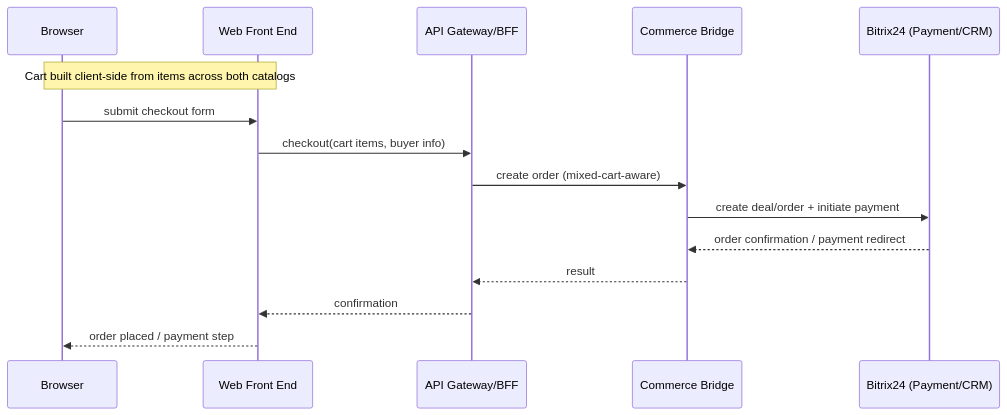
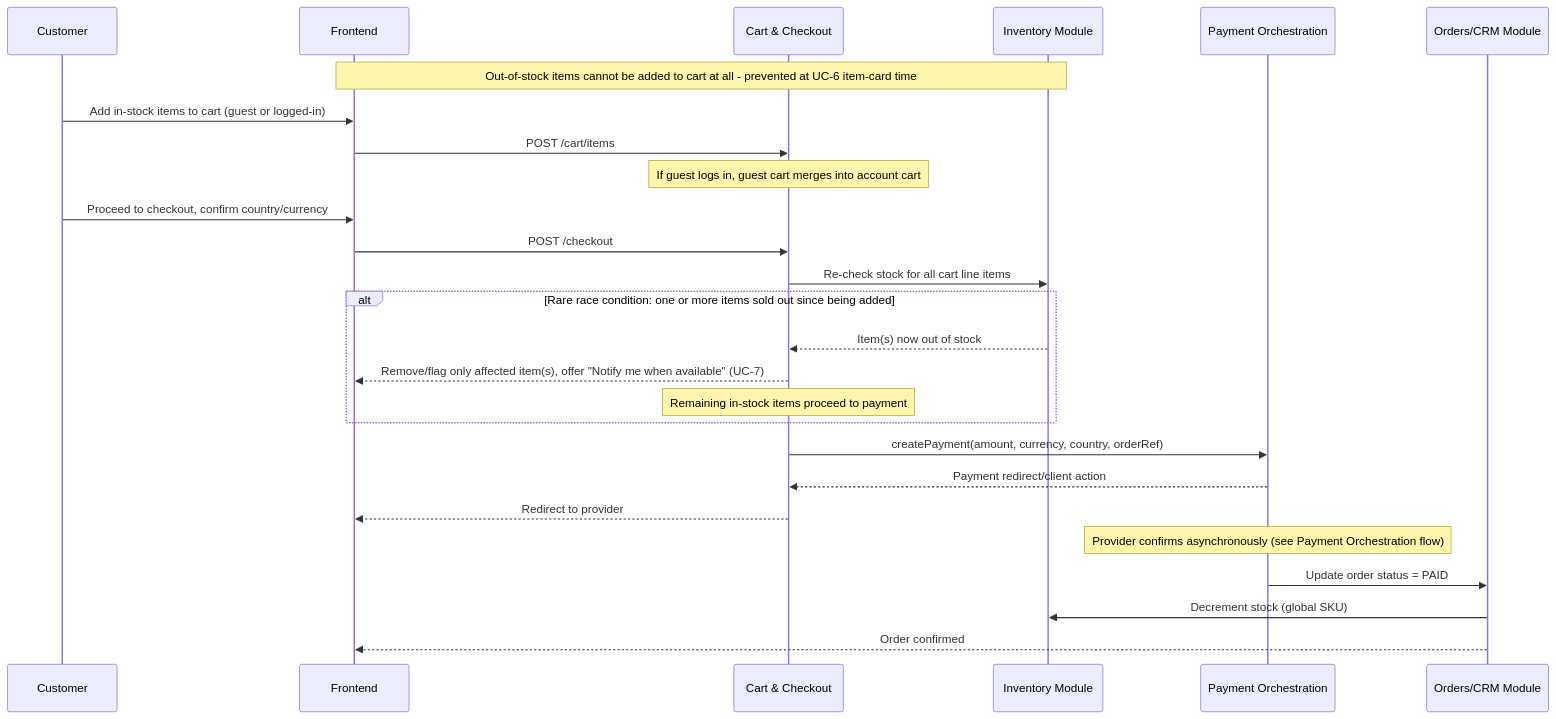
One commit to DzmitryKamashkaInt/business_analysys_pipeline changed the fifth of 11 diagrams in projects/rumica-starter/ready_for_dev_docs/architecture-specification.md. Above: the diagram before and after it, drawn with Mermaid. The commit also changed other lines of this file and 1 other file, not shown here.

Commit message:
rumica-starter: finalized for development (custom stack + 6-country payment orchestration + restock notification)

````diff
--- a/projects/rumica-starter/ready_for_dev_docs/architecture-specification.md
+++ b/projects/rumica-starter/ready_for_dev_docs/architecture-specification.md
@@ -146,18 +187,29 @@
 ```mermaid
 sequenceDiagram
-    participant Browser
-    participant FE as Web Front End
-    participant GW as API Gateway/BFF
-    participant COMM as Commerce Bridge
-    participant BX as Bitrix24 (Payment/CRM)
+    participant U as Customer
+    participant FE as Frontend
+    participant Cart as Cart & Checkout
+    participant Inv as Inventory Module
+    participant PO as Payment Orchestration
+    participant Orders as Orders/CRM Module
 
-    Note over Browser,FE: Cart built client-side from items across both catalogs
-    Browser->>FE: submit checkout form
-    FE->>GW: checkout(cart items, buyer info)
-    GW->>COMM: create order (mixed-cart-aware)
-    COMM->>BX: create deal/order + initiate payment
-    BX-->>COMM: order confirmation / payment redirect
-    COMM-->>GW: result
-    GW-->>FE: confirmation
-    FE-->>Browser: order placed / payment step
+    Note over FE,Inv: Out-of-stock items cannot be added to cart at all - prevented at UC-6 item-card time
+    U->>FE: Add in-stock items to cart (guest or logged-in)
+    FE->>Cart: POST /cart/items
+    Note over Cart: If guest logs in, guest cart merges into account cart
+    U->>FE: Proceed to checkout, confirm country/currency
+    FE->>Cart: POST /checkout
+    Cart->>Inv: Re-check stock for all cart line items
+    alt Rare race condition: one or more items sold out since being added
+        Inv-->>Cart: Item(s) now out of stock
+        Cart-->>FE: Remove/flag only affected item(s), offer "Notify me when available" (UC-7)
+        Note over Cart: Remaining in-stock items proceed to payment
+    end
+    Cart->>PO: createPayment(amount, currency, country, orderRef)
+    PO-->>Cart: Payment redirect/client action
+    Cart-->>FE: Redirect to provider
+    Note over PO: Provider confirms asynchronously (see Payment Orchestration flow)
+    PO->>Orders: Update order status = PAID
+    Orders->>Inv: Decrement stock (global SKU)
+    Orders-->>FE: Order confirmed
 ```
````
